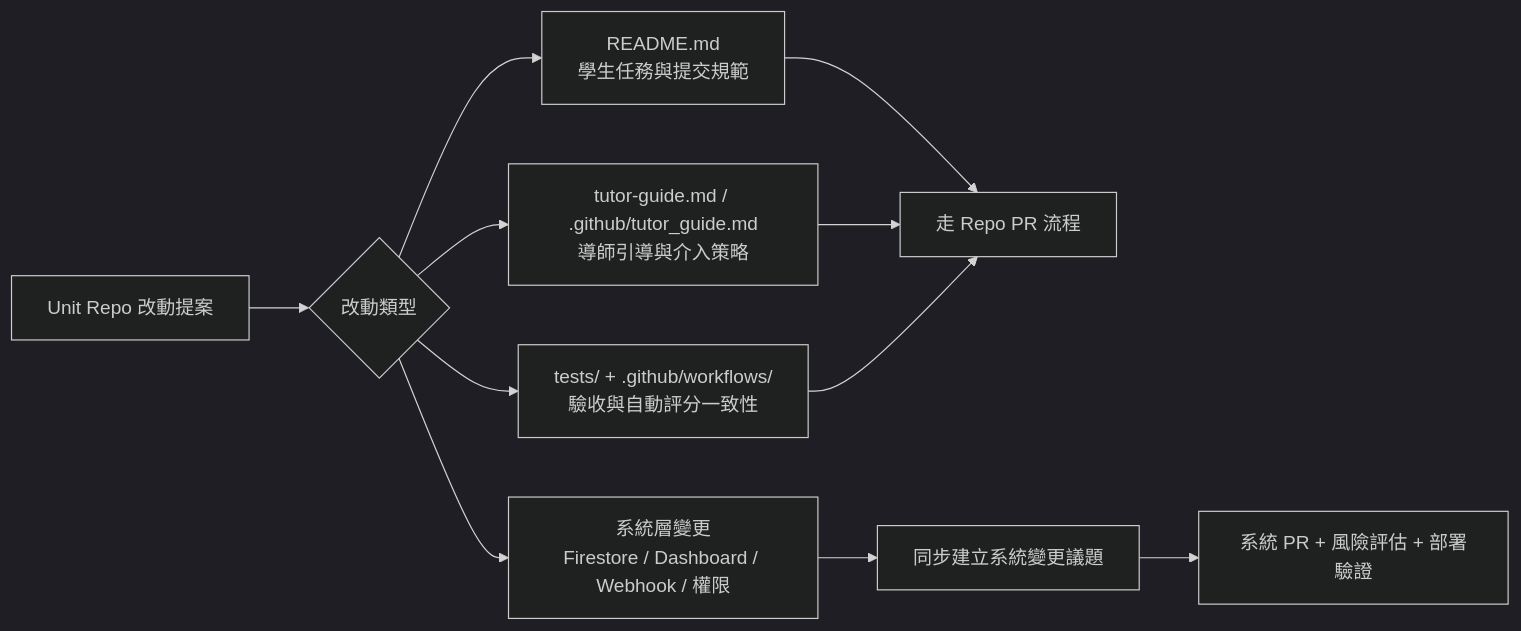
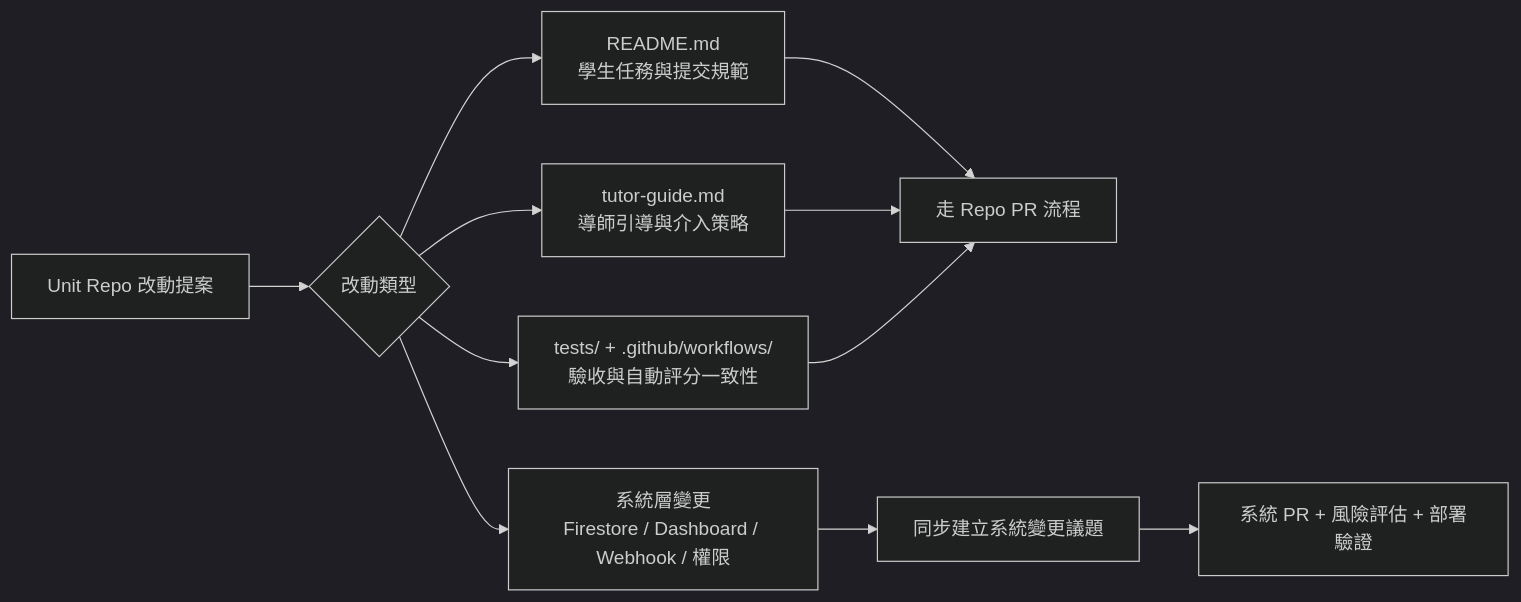
Before and after one commit to vibe-coding-tw/e-learning: the second of 2 diagrams in docs/unit-repo-collaboration-workflow.md, drawn with Mermaid (dark theme). The commit also changed other lines of this file and 11 other files, not shown here.

Commit message:
feat: tutor-student interaction mvp, tutor-guide migration, and actions toggle rule

````diff
--- a/docs/unit-repo-collaboration-workflow.md
+++ b/docs/unit-repo-collaboration-workflow.md
@@ -74,14 +74,14 @@
 ```mermaid
 flowchart LR
     A["Unit Repo 改動提案"] --> B{"改動類型"}
     B --> C["README.md<br/>學生任務與提交規範"]
-    B --> D["tutor-guide.md / .github/tutor_guide.md<br/>導師引導與介入策略"]
+    B --> D["tutor-guide.md<br/>導師引導與介入策略"]
     B --> E["tests/ + .github/workflows/<br/>驗收與自動評分一致性"]
     B --> F["系統層變更<br/>Firestore / Dashboard / Webhook / 權限"]
 
     C --> G["走 Repo PR 流程"]
     D --> G
     E --> G
     F --> H["同步建立系統變更議題"]
     H --> I["系統 PR + 風險評估 + 部署驗證"]
 ```
````
